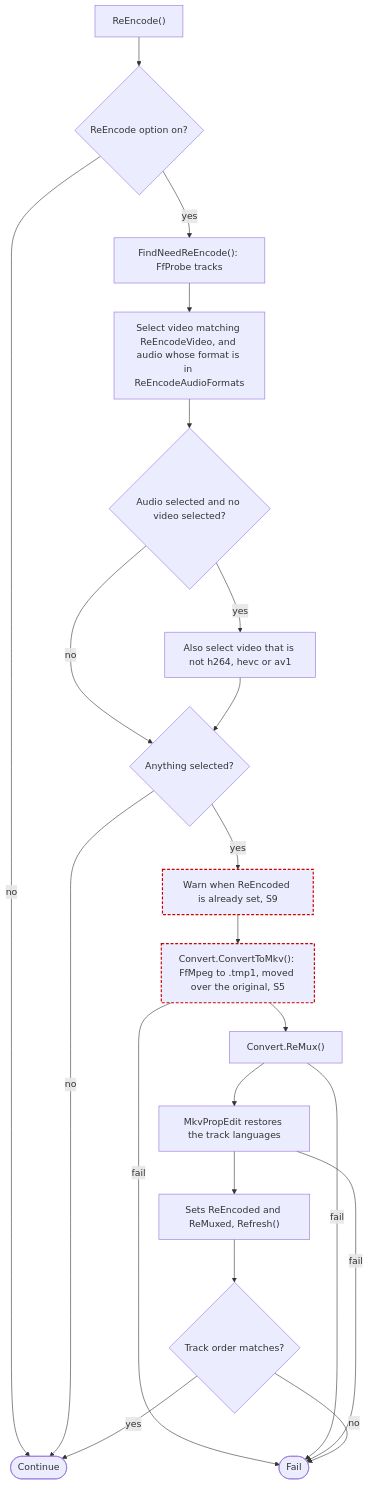
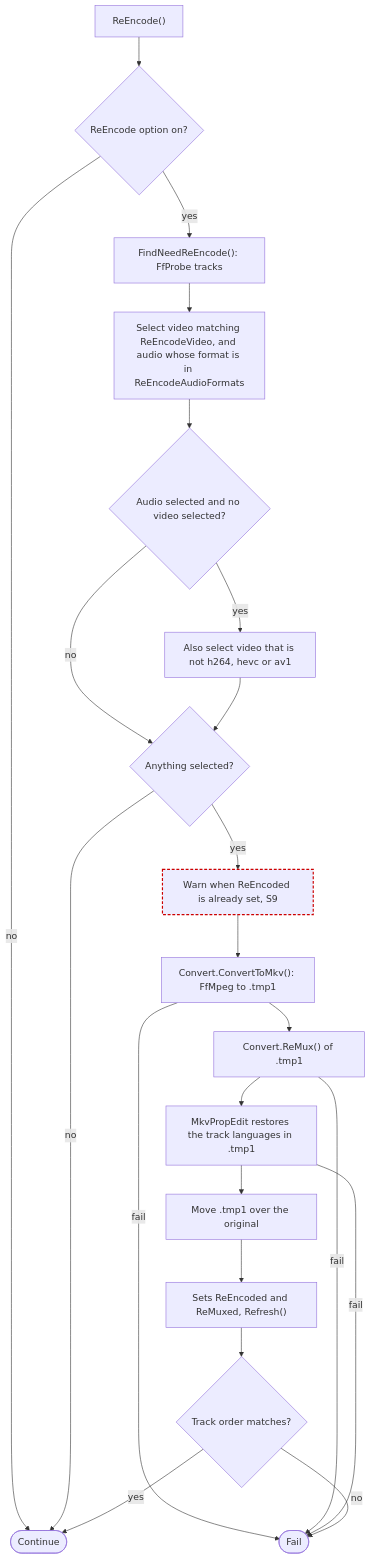
One commit to ptr727/PlexCleaner changed the tenth of 11 diagrams in ARCHITECTURE.md. Above: the diagram before and after it, drawn with Mermaid. The commit also changed other lines of this file and 4 other files, not shown here.

````diff
--- a/ARCHITECTURE.md
+++ b/ARCHITECTURE.md
@@ -617,24 +617,25 @@
 ```mermaid
 flowchart TD
   A0["ReEncode()"] --> A1{"ReEncode option on?"}
   A1 -->|no| AOK(["Continue"])
   A1 -->|yes| S0["FindNeedReEncode(): FfProbe tracks"]
   S0 --> S1["Select video matching ReEncodeVideo, and audio whose format is in ReEncodeAudioFormats"]
   S1 --> S2{"Audio selected and no video selected?"}
   S2 -->|yes| S3["Also select video that is not h264, hevc or av1"]
   S2 -->|no| S4
   S3 --> S4{"Anything selected?"}
   S4 -->|no| AOK
   S4 -->|yes| S5["Warn when ReEncoded is already set, S9"]:::suspect
-  S5 --> C1["Convert.ConvertToMkv(): FfMpeg to .tmp1, moved over the original, S5"]:::suspect
+  S5 --> C1["Convert.ConvertToMkv(): FfMpeg to .tmp1"]
   C1 -->|fail| FAIL(["Fail"])
-  C1 --> C2["Convert.ReMux()"]
+  C1 --> C2["Convert.ReMux() of .tmp1"]
   C2 -->|fail| FAIL
-  C2 --> C3["MkvPropEdit restores the track languages"]
+  C2 --> C3["MkvPropEdit restores the track languages in .tmp1"]
   C3 -->|fail| FAIL
-  C3 --> C4["Sets ReEncoded and ReMuxed, Refresh()"]
+  C3 --> C6["Move .tmp1 over the original"]
+  C6 --> C4["Sets ReEncoded and ReMuxed, Refresh()"]
   C4 --> C5{"Track order matches?"}
   C5 -->|no| FAIL
   C5 -->|yes| AOK
   classDef suspect stroke:#c00,stroke-width:2px,stroke-dasharray:5 3
 ```
````
